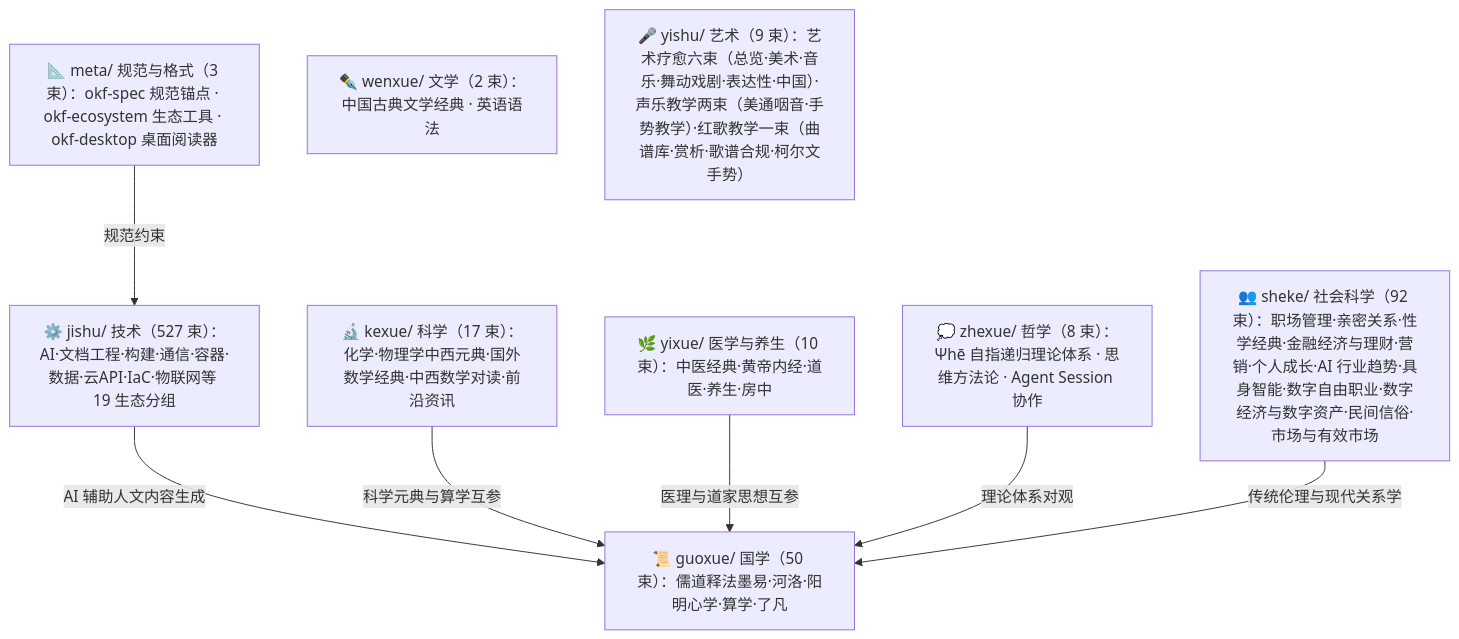
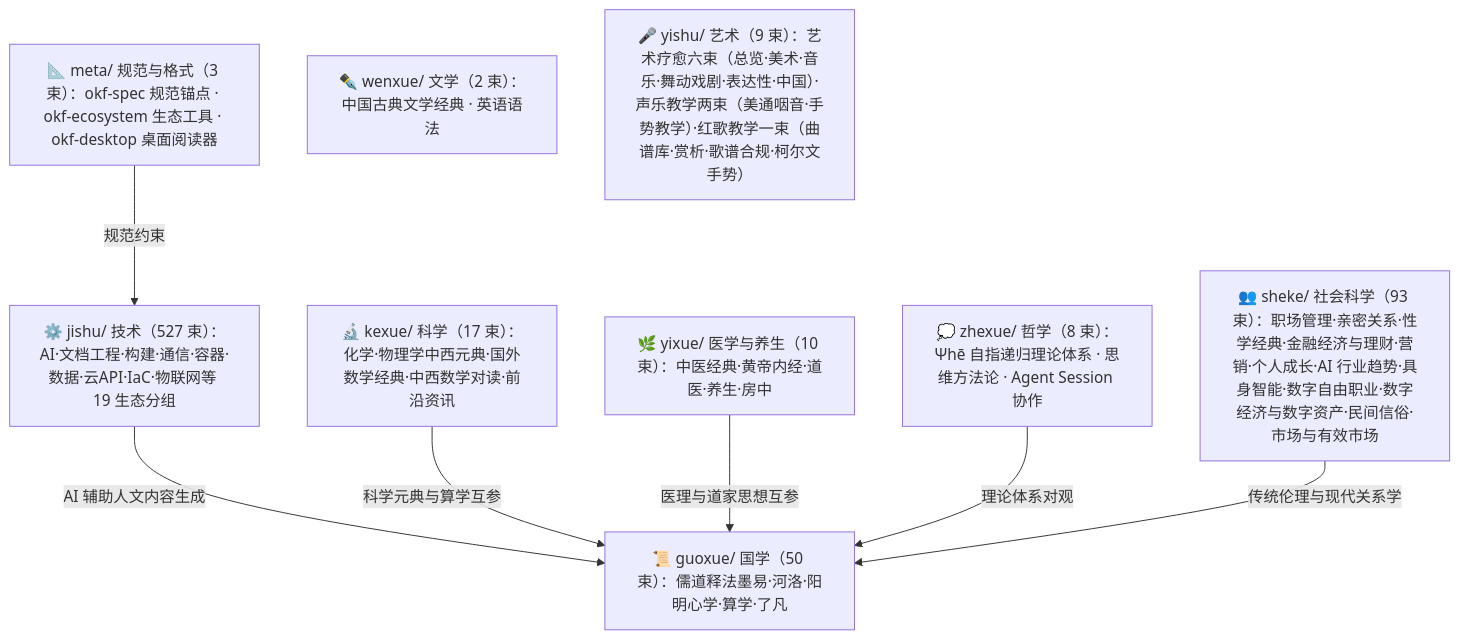
Before and after one commit to awesome-flexloop/awesome-okf: the diagram in doc/bundles/index.md, drawn with Mermaid. The commit also changed other lines of this file and 18 other files, not shown here.

````diff
--- a/doc/bundles/index.md
+++ b/doc/bundles/index.md
@@ -21,18 +21,18 @@
 ```mermaid
 flowchart TD
     meta["📐 meta/ 规范与格式（3 束）：okf-spec 规范锚点 · okf-ecosystem 生态工具 · okf-desktop 桌面阅读器"]
     guoxue["📜 guoxue/ 国学（50 束）：儒道释法墨易·河洛·阳明心学·算学·了凡"]
     zhexue["💭 zhexue/ 哲学（8 束）：Ψhē 自指递归理论体系 · 思维方法论 · Agent Session 协作"]
     kexue["🔬 kexue/ 科学（17 束）：化学·物理学中西元典·国外数学经典·中西数学对读·前沿资讯"]
     wenxue["✒️ wenxue/ 文学（2 束）：中国古典文学经典 · 英语语法"]
     yixue["🌿 yixue/ 医学与养生（10 束）：中医经典·黄帝内经·道医·养生·房中"]
-    sheke["👥 sheke/ 社会科学（92 束）：职场管理·亲密关系·性学经典·金融经济与理财·营销·个人成长·AI 行业趋势·具身智能·数字自由职业·数字经济与数字资产·民间信俗·市场与有效市场"]
+    sheke["👥 sheke/ 社会科学（93 束）：职场管理·亲密关系·性学经典·金融经济与理财·营销·个人成长·AI 行业趋势·具身智能·数字自由职业·数字经济与数字资产·民间信俗·市场与有效市场"]
     yishu["🎤 yishu/ 艺术（9 束）：艺术疗愈六束（总览·美术·音乐·舞动戏剧·表达性·中国）·声乐教学两束（美通咽音·手势教学）·红歌教学一束（曲谱库·赏析·歌谱合规·柯尔文手势）"]
     jishu["⚙️ jishu/ 技术（527 束）：AI·文档工程·构建·通信·容器·数据·云API·IaC·物联网等 19 生态分组"]
     meta -->|"规范约束"| jishu
     jishu -->|"AI 辅助人文内容生成"| guoxue
     kexue -->|"科学元典与算学互参"| guoxue
     yixue -->|"医理与道家思想互参"| guoxue
     zhexue -->|"理论体系对观"| guoxue
     sheke -->|"传统伦理与现代关系学"| guoxue
 ```
````
